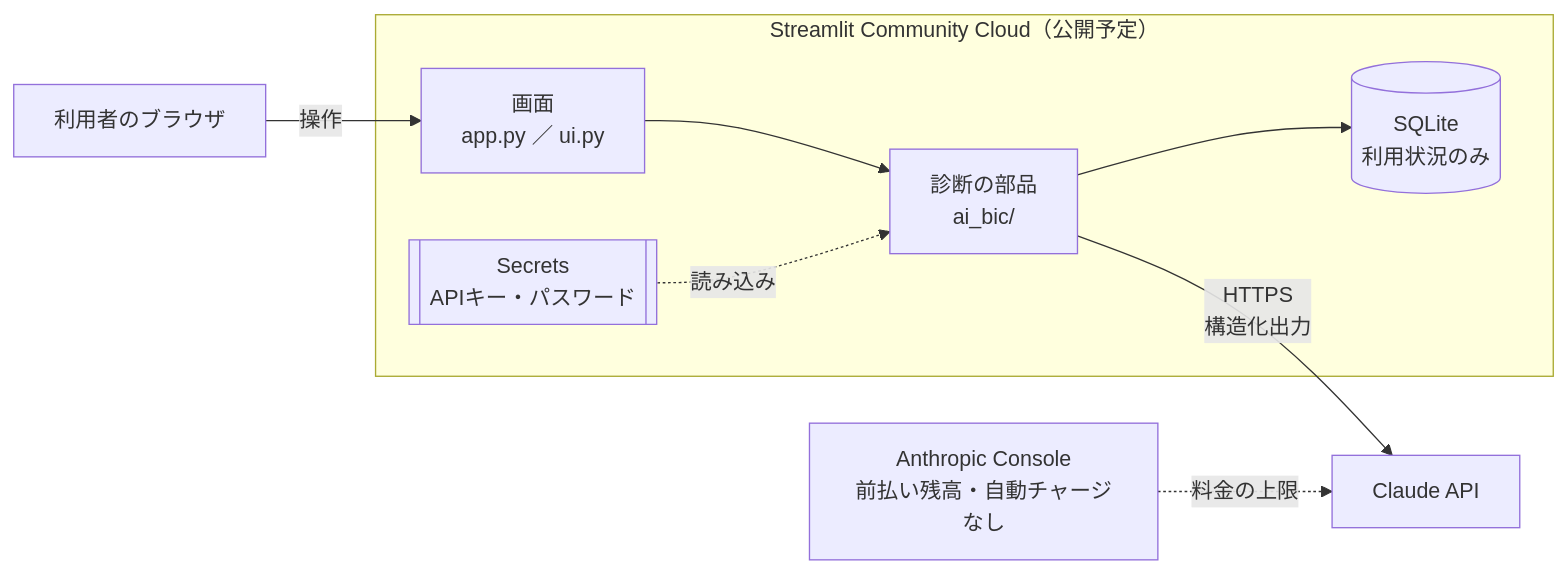
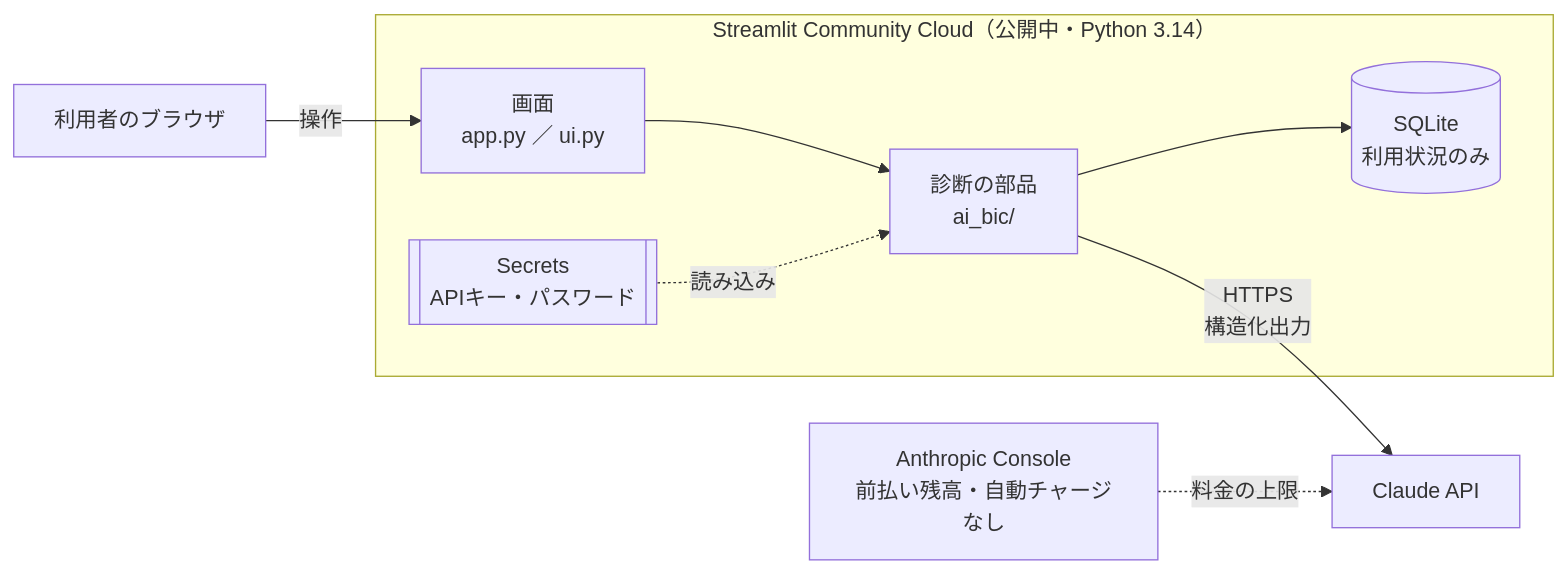
One commit to yukon2051-byteyu/ai-bic changed the first of 4 diagrams in docs/07_システム構成図.md. Above: the diagram before and after it, drawn with Mermaid. The commit also changed other lines of this file and 1 other file, not shown here.

Commit message:
docs: 公開URLを追記（https://ai-bic.streamlit.app/）
Streamlit Community Cloud（Python 3.14）で公開。サーバーの状態確認で応答を確認済み。

````diff
--- a/docs/07_システム構成図.md
+++ b/docs/07_システム構成図.md
@@ -15,17 +15,17 @@
 ```mermaid
 flowchart LR
     U[利用者のブラウザ] -->|操作| APP
 
-    subgraph CLOUD[Streamlit Community Cloud（公開予定）]
+    subgraph CLOUD[Streamlit Community Cloud（公開中・Python 3.14）]
         APP[画面<br>app.py ／ ui.py]
         CORE[診断の部品<br>ai_bic/]
         DB[(SQLite<br>利用状況のみ)]
         SEC[[Secrets<br>APIキー・パスワード]]
         APP --> CORE
         CORE --> DB
         SEC -.読み込み.-> CORE
     end
 
     CORE -->|HTTPS<br>構造化出力| CLAUDE[Claude API]
     CONSOLE[Anthropic Console<br>前払い残高・自動チャージなし] -.料金の上限.-> CLAUDE
 ```
````
